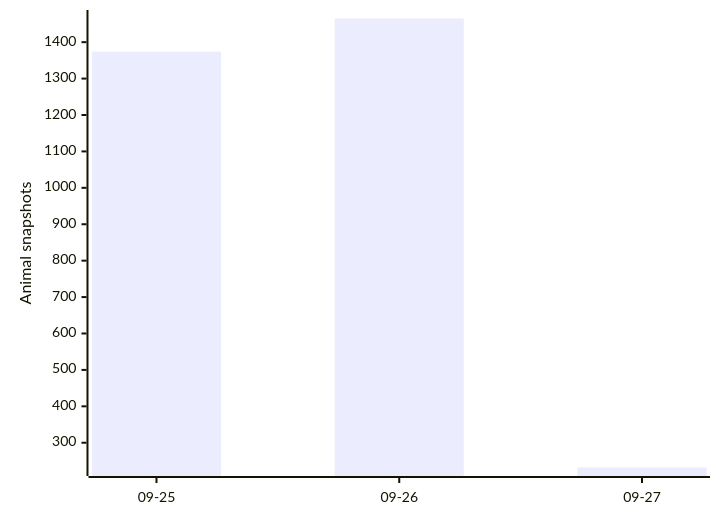
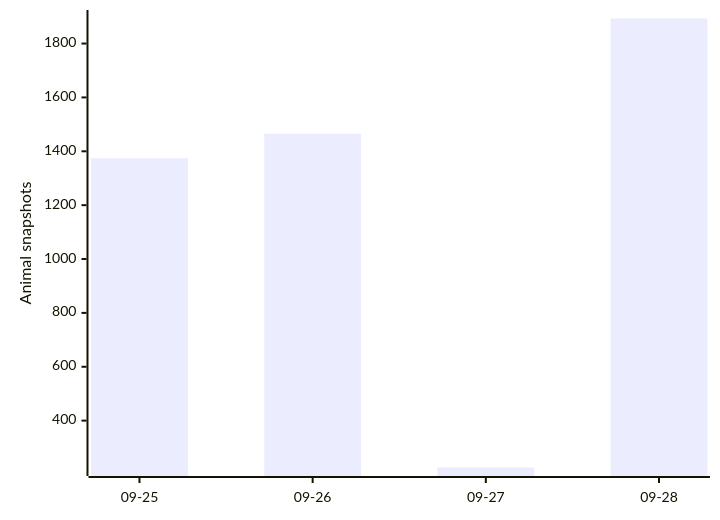
The first of 3 diagrams in README.md (joshuafrommeyer-35/PierTracker), drawn with Mermaid before and after one commit. The commit also changed other lines of this file and 29 other files, not shown here.

````diff
--- a/README.md
+++ b/README.md
@@ -113,6 +114,6 @@
 ```mermaid
 xychart-beta
-    x-axis ["09-25", "09-26", "09-27"]
+    x-axis ["09-25", "09-26", "09-27", "09-28"]
     y-axis "Animal snapshots"
-    bar [1374, 1465, 232]
+    bar [1374, 1465, 226, 1893]
 ```
````
